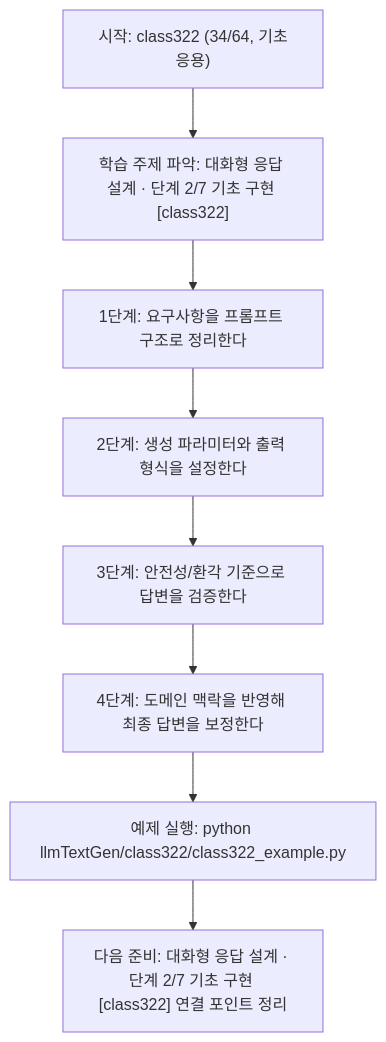
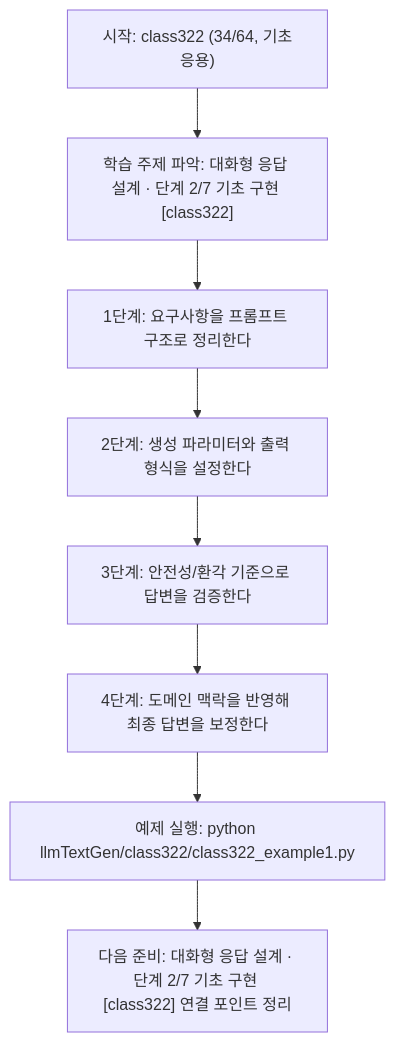
Before and after one commit to edumgt/Python-AI_Agent-Class: the diagram in llmTextGen/class322/class322.md, drawn with Mermaid. The commit also changed other lines of this file and 2959 other files, not shown here.

````diff
--- a/llmTextGen/class322/class322.md
+++ b/llmTextGen/class322/class322.md
@@ -114,18 +114,18 @@
 ```mermaid
 flowchart TD
 N1["시작: class322 (34/64, 기초응용)"]
 N2["학습 주제 파악: 대화형 응답 설계 · 단계 2/7 기초 구현 [class322]"]
 N3["1단계: 요구사항을 프롬프트 구조로 정리한다"]
 N4["2단계: 생성 파라미터와 출력 형식을 설정한다"]
 N5["3단계: 안전성/환각 기준으로 답변을 검증한다"]
 N6["4단계: 도메인 맥락을 반영해 최종 답변을 보정한다"]
-N7["예제 실행: python llmTextGen/class322/class322_example.py"]
+N7["예제 실행: python llmTextGen/class322/class322_example1.py"]
 N8["다음 준비: 대화형 응답 설계 · 단계 2/7 기초 구현 [class322] 연결 포인트 정리"]
 N1 --> N2
 N2 --> N3
 N3 --> N4
 N4 --> N5
 N5 --> N6
 N6 --> N7
 N7 --> N8
 ```
````
